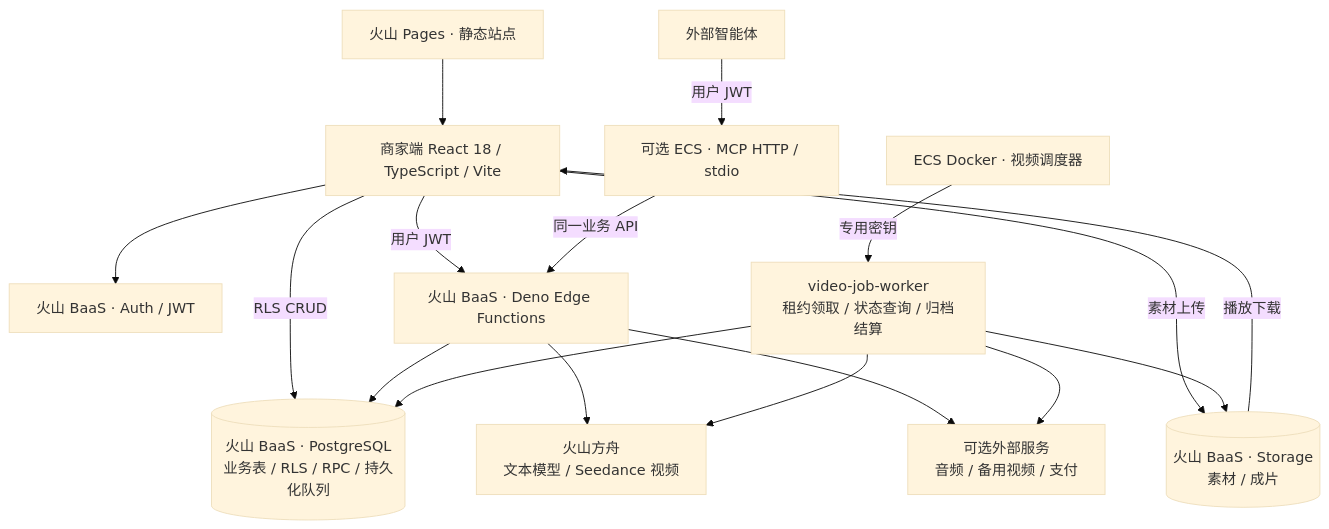
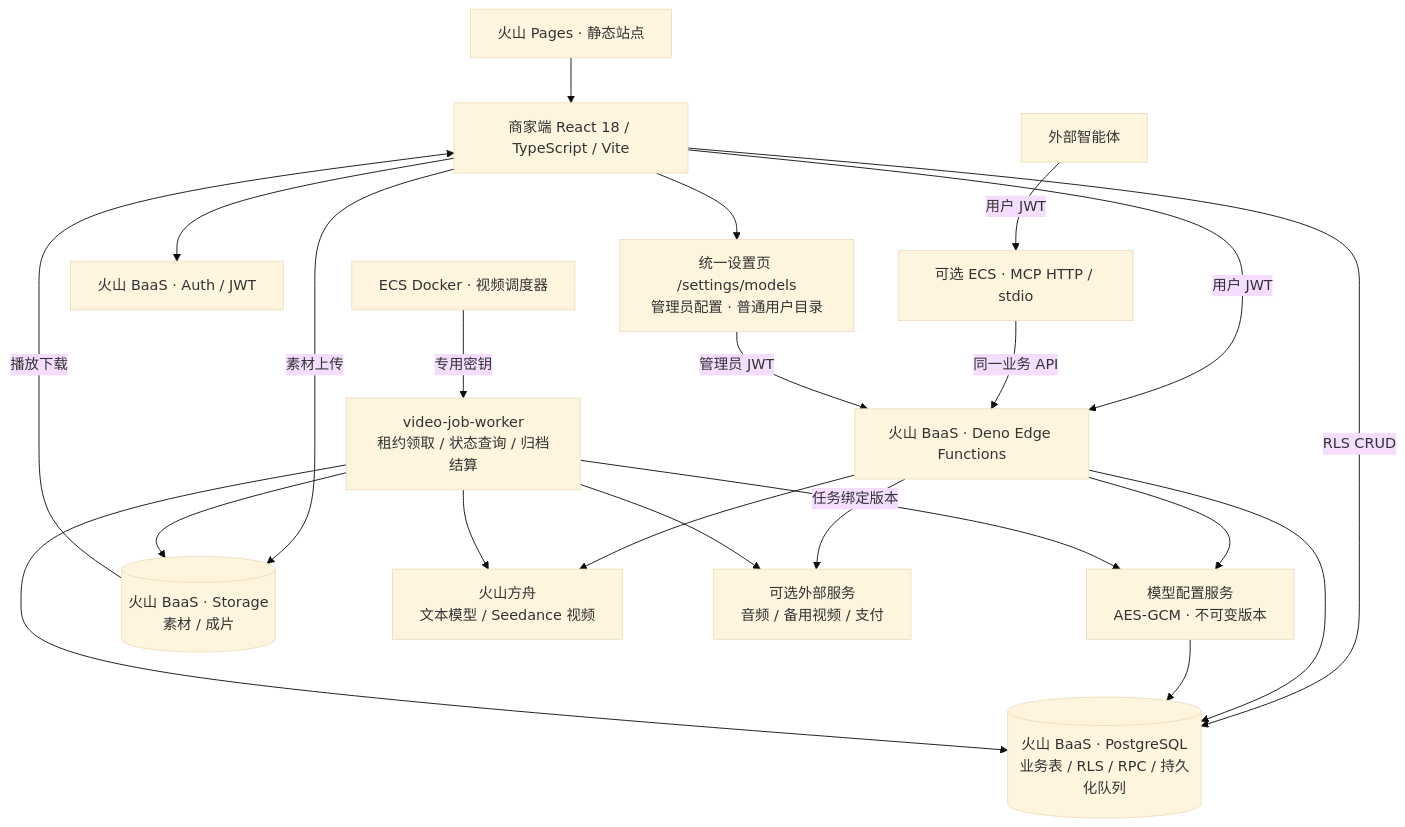
One commit to jelven007/AIGC changed the diagram in docs/TECHNICAL_ARCHITECTURE.md. Above: the diagram before and after it, drawn with Mermaid (base theme). The commit also changed other lines of this file and 50 other files, not shown here.

Commit message:
新增统一模型接口设置与加密版本管理，绑定视频任务配置并修复图片音频链路

````diff
--- a/docs/TECHNICAL_ARCHITECTURE.md
+++ b/docs/TECHNICAL_ARCHITECTURE.md
@@ -7,32 +7,39 @@
 ```mermaid
 flowchart TB
     Browser["商家端 React 18 / TypeScript / Vite"]
     Agent["外部智能体"]
     Pages["火山 Pages · 静态站点"]
     MCP["可选 ECS · MCP HTTP / stdio"]
     Auth["火山 BaaS · Auth / JWT"]
     API["火山 BaaS · Deno Edge Functions"]
+    Settings["统一设置页 /settings/models<br/>管理员配置 · 普通用户目录"]
+    Registry["模型配置服务<br/>AES-GCM · 不可变版本"]
     DB[("火山 BaaS · PostgreSQL<br/>业务表 / RLS / RPC / 持久化队列")]
     Storage[("火山 BaaS · Storage<br/>素材 / 成片")]
     Scheduler["ECS Docker · 视频调度器"]
     Worker["video-job-worker<br/>租约领取 / 状态查询 / 归档结算"]
     Ark["火山方舟<br/>文本模型 / Seedance 视频"]
     External["可选外部服务<br/>音频 / 备用视频 / 支付"]
 
     Pages --> Browser
     Browser --> Auth
     Browser -->|"用户 JWT"| API
     Browser -->|"RLS CRUD"| DB
     Browser -->|"素材上传"| Storage
     Agent -->|"用户 JWT"| MCP
     MCP -->|"同一业务 API"| API
     API --> DB
+    Browser --> Settings
+    Settings -->|"管理员 JWT"| API
+    API --> Registry
+    Registry --> DB
     API --> Ark
     API --> External
     Scheduler -->|"专用密钥"| Worker
     Worker --> DB
+    Worker -->|"任务绑定版本"| Registry
     Worker --> Ark
     Worker --> External
     Worker --> Storage
     Storage -->|"播放下载"| Browser
 ```
````
